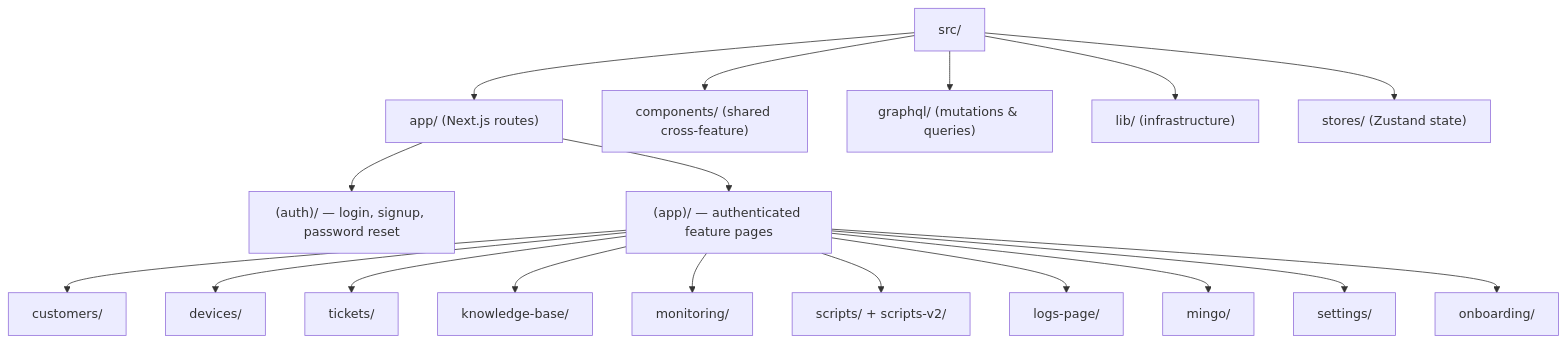
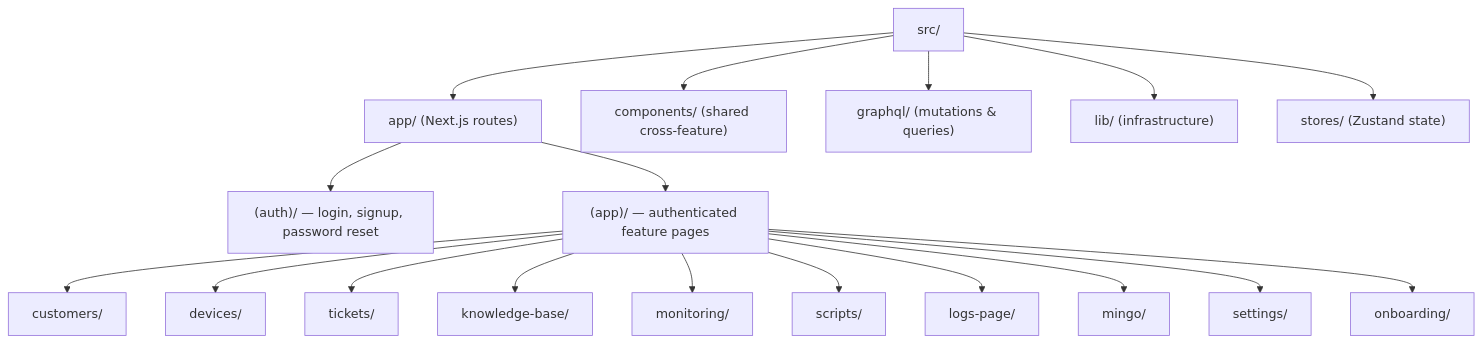
The second of 7 diagrams in docs/development/architecture/README.md (flamingo-stack/openframe-oss-frontend), drawn with Mermaid before and after one commit. The commit also changed 3 other files, not shown here.

````diff
--- a/docs/development/architecture/README.md
+++ b/docs/development/architecture/README.md
@@ -31,23 +31,23 @@
 ```mermaid
 flowchart TD
     Root["src/"]
     Root --> App["app/ (Next.js routes)"]
     Root --> Components["components/ (shared cross-feature)"]
     Root --> GraphQL["graphql/ (mutations & queries)"]
     Root --> Lib["lib/ (infrastructure)"]
     Root --> Stores["stores/ (Zustand state)"]
 
     App --> AuthRoutes["(auth)/ — login, signup, password reset"]
     App --> AppRoutes["(app)/ — authenticated feature pages"]
 
     AppRoutes --> Customers["customers/"]
     AppRoutes --> Devices["devices/"]
     AppRoutes --> Tickets["tickets/"]
     AppRoutes --> KB["knowledge-base/"]
     AppRoutes --> Monitoring["monitoring/"]
-    AppRoutes --> Scripts["scripts/ + scripts-v2/"]
+    AppRoutes --> Scripts["scripts/"]
     AppRoutes --> Logs["logs-page/"]
     AppRoutes --> Mingo["mingo/"]
     AppRoutes --> Settings["settings/"]
     AppRoutes --> Onboarding["onboarding/"]
 ```
````
